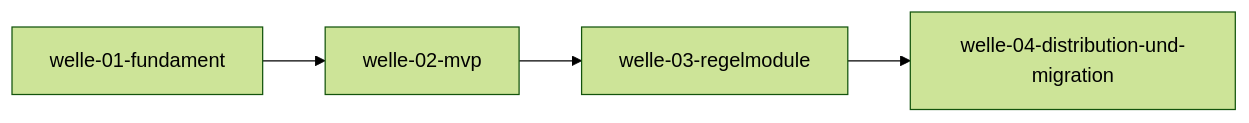
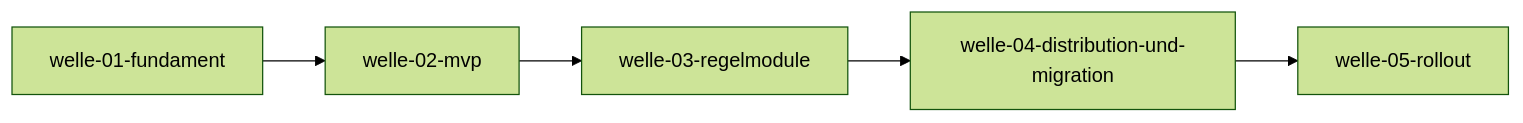
Before and after one commit to pt9912/d-check: the diagram in docs/plan/planning/in-progress/roadmap.md, drawn with Mermaid (forest theme). The commit also changed other lines of this file and 1 other file, not shown here.

First line of the commit message:
docs(plan): Roadmap-Fortschreibung — welle-05-rollout, slice-014 angelegt

````diff
--- a/docs/plan/planning/in-progress/roadmap.md
+++ b/docs/plan/planning/in-progress/roadmap.md
@@ -37,11 +44,13 @@
 ```mermaid
 flowchart LR
     W1[welle-01-fundament]
     W2[welle-02-mvp]
     W3[welle-03-regelmodule]
     W4[welle-04-distribution-und-migration]
+    W5[welle-05-rollout]
 
     W1 --> W2
     W2 --> W3
     W3 --> W4
+    W4 --> W5
 ```
````
